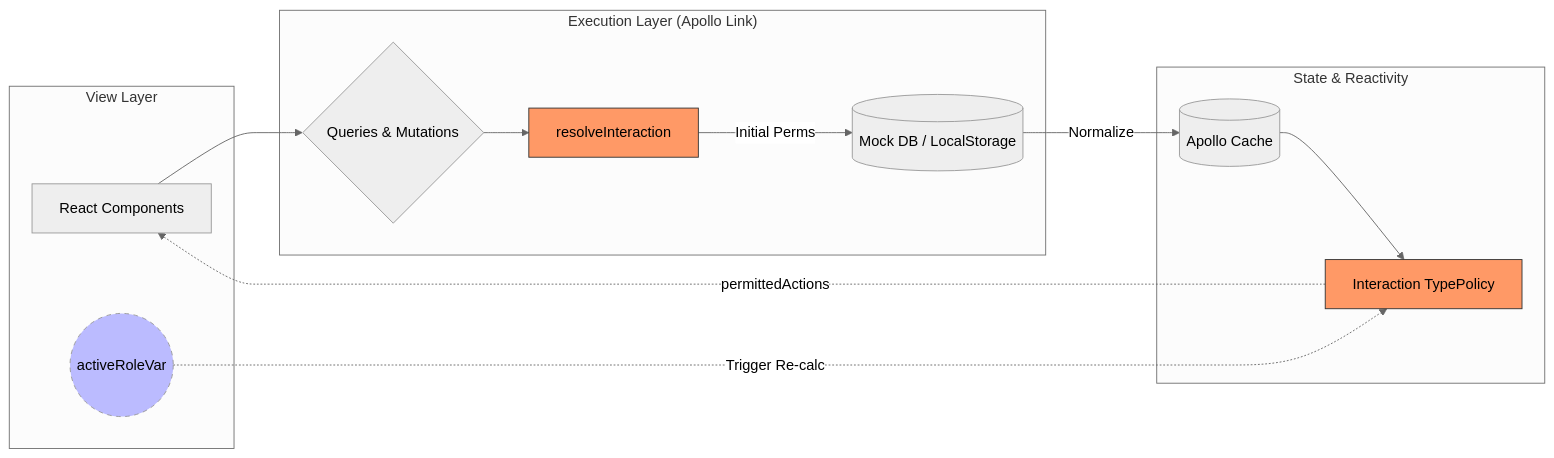
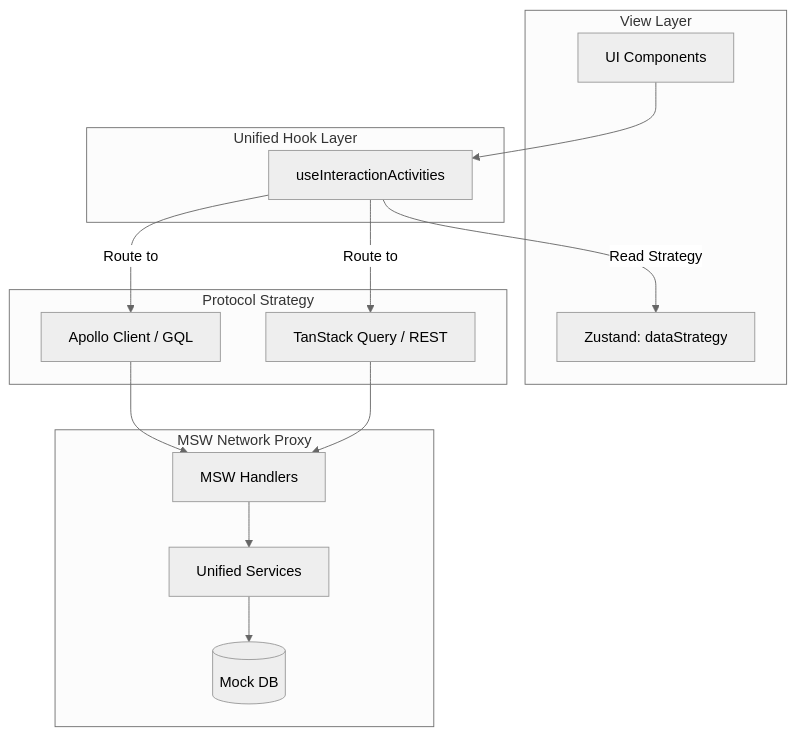
One commit to campalot/resolve-demo changed the first of 3 diagrams in ARCHITECTURE.md. Above: the diagram before and after it, drawn with Mermaid. The commit also changed other lines of this file and 2 other files, not shown here.

First line of the commit message:
update the documentation to reflect these major architectural changes

````diff
--- a/ARCHITECTURE.md
+++ b/ARCHITECTURE.md
@@ -67,32 +251,33 @@
 ```mermaid
 %%{init: {'theme': 'neutral', 'themeVariables': { 'primaryColor': '#f96'}}}%%
-graph LR
-    subgraph View ["View Layer"]
-        UI[React Components]
-        RoleVar((activeRoleVar))
+graph TD
+    subgraph UI_Layer [View Layer]
+        COMP[UI Components]
+        STRAT[Zustand: dataStrategy]
     end
 
-    subgraph Logic ["Execution Layer (Apollo Link)"]
-        Ops{Queries & Mutations}
-        Resolvers[resolveInteraction]
-        DB[(Mock DB / LocalStorage)]
-        
-        UI --> Ops
-        Ops --> Resolvers
-        Resolvers -->|Initial Perms| DB
+    subgraph Hooks [Unified Hook Layer]
+        UH[useInteractionActivities]
     end
 
-    subgraph Cache ["State & Reactivity"]
-        CacheStore[(Apollo Cache)]
-        Policy[Interaction TypePolicy]
-        
-        DB -->|Normalize| CacheStore
-        CacheStore --> Policy
-        RoleVar -.->|Trigger Re-calc| Policy
-        Policy -.->|permittedActions| UI
+    subgraph Providers [Protocol Strategy]
+        APO[Apollo Client / GQL]
+        TAN[TanStack Query / REST]
     end
 
-    style Resolvers fill:#f96,stroke:#333
-    style RoleVar fill:#bbf,stroke-dasharray: 5 5
-    style Policy fill:#f96,stroke:#333
+    subgraph Interceptor [MSW Network Proxy]
+        MSW[MSW Handlers]
+        SVC[Unified Services]
+        DB[(Mock DB)]
+    end
+
+    COMP --> UH
+    UH -- Read Strategy --> STRAT
+    UH -- Route to --> APO
+    UH -- Route to --> TAN
+    
+    APO --> MSW
+    TAN --> MSW
+    MSW --> SVC
+    SVC --> DB
 ```
````
